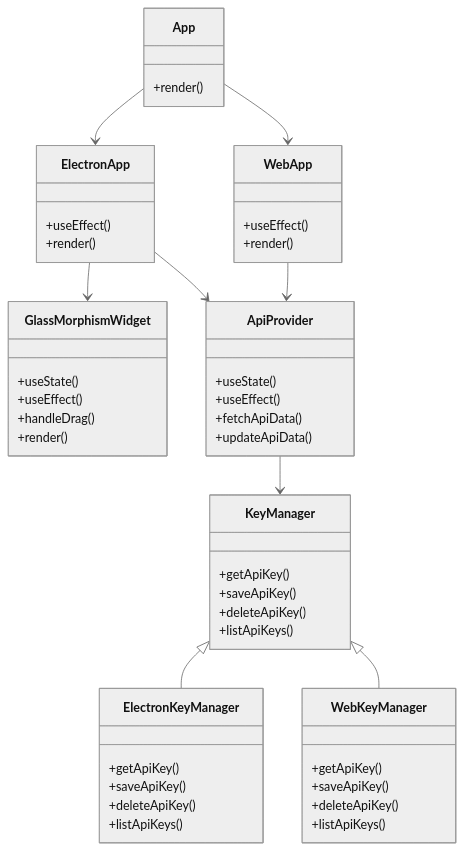
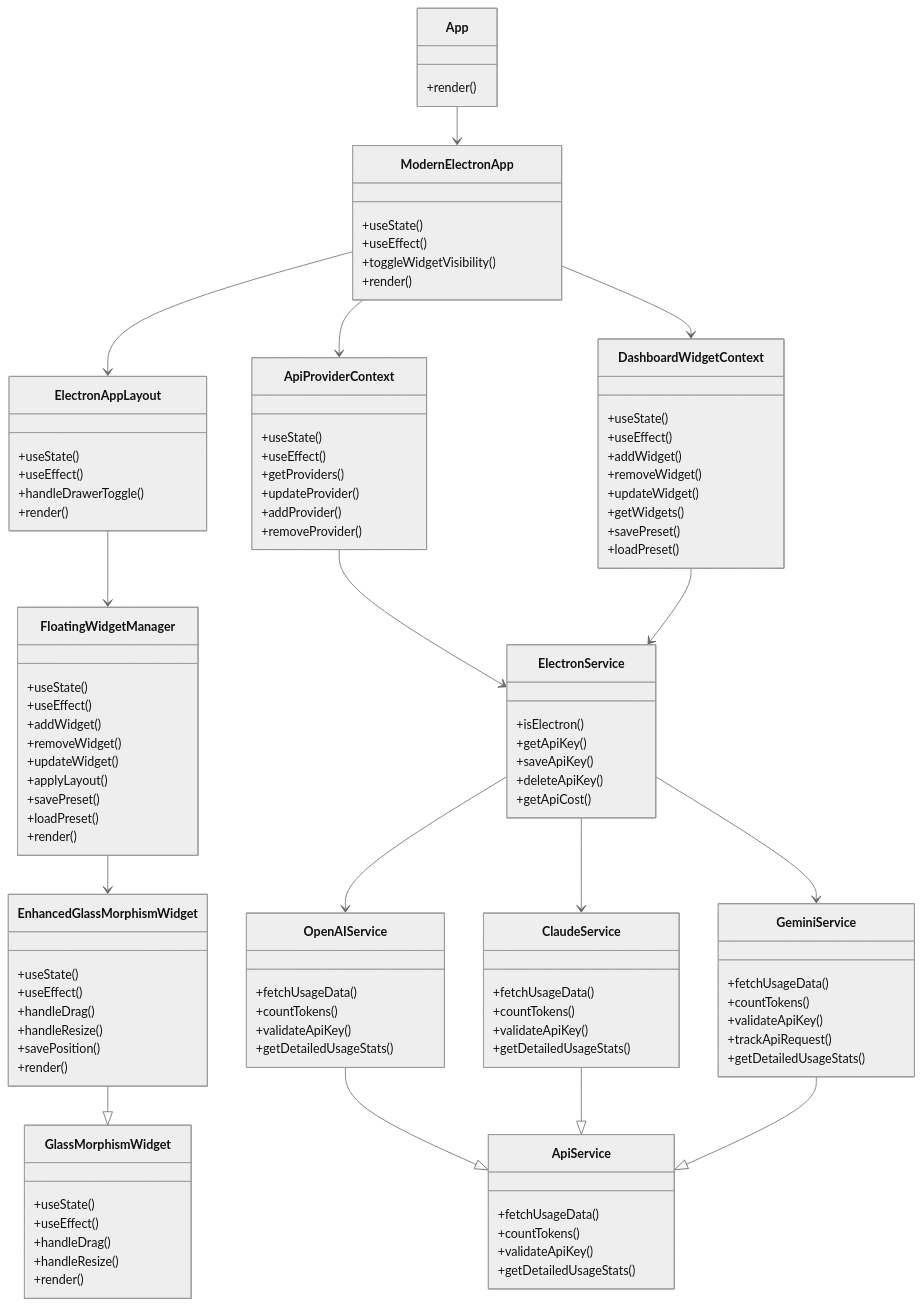
The second of 3 diagrams in APIwidget/docs/architecture/ARCHITECTURE.md (ImaginariumLabs/size-harmony-hub), drawn with Mermaid (neutral theme) before and after one commit. The commit also changed other lines of this file and 86 other files, not shown here.

````diff
--- a/APIwidget/docs/architecture/ARCHITECTURE.md
+++ b/APIwidget/docs/architecture/ARCHITECTURE.md
@@ -90,13 +98,17 @@
         +render()
     }
 
-    class ElectronApp {
+    class ModernElectronApp {
+        +useState()
         +useEffect()
+        +toggleWidgetVisibility()
         +render()
     }
 
-    class WebApp {
+    class ElectronAppLayout {
+        +useState()
         +useEffect()
+        +handleDrawerToggle()
         +render()
     }
 
@@ -104,43 +116,101 @@
         +useState()
         +useEffect()
         +handleDrag()
+        +handleResize()
         +render()
     }
 
-    class ApiProvider {
+    class EnhancedGlassMorphismWidget {
         +useState()
         +useEffect()
-        +fetchApiData()
-        +updateApiData()
+        +handleDrag()
+        +handleResize()
+        +savePosition()
+        +render()
     }
 
-    class KeyManager {
+    class FloatingWidgetManager {
+        +useState()
+        +useEffect()
+        +addWidget()
+        +removeWidget()
+        +updateWidget()
+        +applyLayout()
+        +savePreset()
+        +loadPreset()
+        +render()
+    }
+
+    class ApiProviderContext {
+        +useState()
+        +useEffect()
+        +getProviders()
+        +updateProvider()
+        +addProvider()
+        +removeProvider()
+    }
+
+    class DashboardWidgetContext {
+        +useState()
+        +useEffect()
+        +addWidget()
+        +removeWidget()
+        +updateWidget()
+        +getWidgets()
+        +savePreset()
+        +loadPreset()
+    }
+
+    class ApiService {
+        +fetchUsageData()
+        +countTokens()
+        +validateApiKey()
+        +getDetailedUsageStats()
+    }
+
+    class OpenAIService {
+        +fetchUsageData()
+        +countTokens()
+        +validateApiKey()
+        +getDetailedUsageStats()
+    }
+
+    class ClaudeService {
+        +fetchUsageData()
+        +countTokens()
+        +validateApiKey()
+        +getDetailedUsageStats()
+    }
+
+    class GeminiService {
+        +fetchUsageData()
+        +countTokens()
+        +validateApiKey()
+        +trackApiRequest()
+        +getDetailedUsageStats()
+    }
+
+    class ElectronService {
+        +isElectron()
         +getApiKey()
         +saveApiKey()
         +deleteApiKey()
-        +listApiKeys()
+        +getApiCost()
     }
 
-    class ElectronKeyManager {
-        +getApiKey()
-        +saveApiKey()
-        +deleteApiKey()
-        +listApiKeys()
-    }
-
-    class WebKeyManager {
-        +getApiKey()
-        +saveApiKey()
-        +deleteApiKey()
-        +listApiKeys()
-    }
-
-    App --> ElectronApp
-    App --> WebApp
-    ElectronApp --> GlassMorphismWidget
-    ElectronApp --> ApiProvider
-    WebApp --> ApiProvider
-    ApiProvider --> KeyManager
-    KeyManager <|-- ElectronKeyManager
-    KeyManager <|-- WebKeyManager
+    App --> ModernElectronApp
+    ModernElectronApp --> ElectronAppLayout
+    ModernElectronApp --> DashboardWidgetContext
+    ModernElectronApp --> ApiProviderContext
+    ElectronAppLayout --> FloatingWidgetManager
+    FloatingWidgetManager --> EnhancedGlassMorphismWidget
+    EnhancedGlassMorphismWidget --|> GlassMorphismWidget
+    ApiProviderContext --> ElectronService
+    DashboardWidgetContext --> ElectronService
+    ElectronService --> OpenAIService
+    ElectronService --> ClaudeService
+    ElectronService --> GeminiService
+    OpenAIService --|> ApiService
+    ClaudeService --|> ApiService
+    GeminiService --|> ApiService
 ```
````
